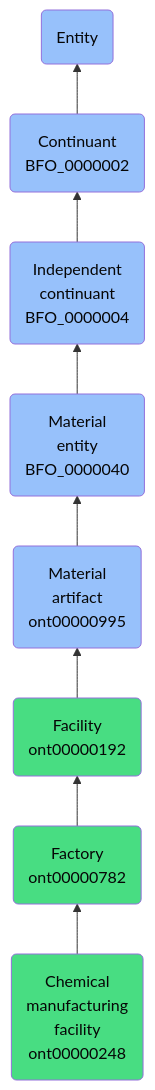
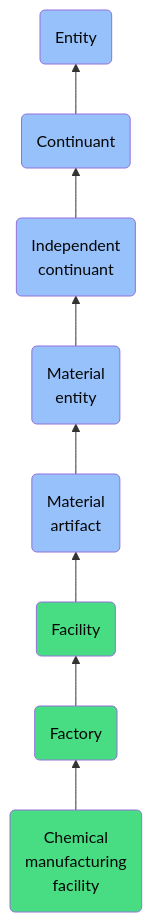
One commit to jupyter-naas/abi changed the diagram in docs/ontology/reference/model/Entity/Continuant/Independent continuant/Material entity/Material artifact/Facility/Factory/Chemical manufacturing facility/Chemical manufacturing facility.md. Above: the diagram before and after it, drawn with Mermaid. The commit also changed other lines of this file and 1430 other files, not shown here.

````diff
--- a/docs/ontology/reference/model/Entity/Continuant/Independent continuant/Material entity/Material artifact/Facility/Factory/Chemical manufacturing facility/Chemical manufacturing facility.md
+++ b/docs/ontology/reference/model/Entity/Continuant/Independent continuant/Material entity/Material artifact/Facility/Factory/Chemical manufacturing facility/Chemical manufacturing facility.md
@@ -24,15 +24,15 @@
 ```mermaid
 graph BT
-    ont00000248(Chemical<br>manufacturing<br>facility<br>ont00000248):::ABI-->ont00000782
-    ont00000782(Factory<br>ont00000782):::ABI-->ont00000192
-    ont00000192(Facility<br>ont00000192):::ABI-->ont00000995
-    ont00000995(Material<br>artifact<br>ont00000995):::BFO-->BFO_0000040
-    BFO_0000040(Material<br>entity<br>BFO_0000040):::BFO-->BFO_0000004
-    BFO_0000004(Independent<br>continuant<br>BFO_0000004):::BFO-->BFO_0000002
-    BFO_0000002(Continuant<br>BFO_0000002):::BFO-->BFO_0000001
+    ont00000248(Chemical<br>manufacturing<br>facility):::ABI-->ont00000782
+    ont00000782(Factory):::ABI-->ont00000192
+    ont00000192(Facility):::ABI-->ont00000995
+    ont00000995(Material<br>artifact):::BFO-->BFO_0000040
+    BFO_0000040(Material<br>entity):::BFO-->BFO_0000004
+    BFO_0000004(Independent<br>continuant):::BFO-->BFO_0000002
+    BFO_0000002(Continuant):::BFO-->BFO_0000001
     BFO_0000001(Entity):::BFO
     
     classDef BFO fill:#97c1fb,color:#060606
     classDef CCO fill:#e4c51e,color:#060606
     classDef ABI fill:#48DD82,color:#060606
 ```
````
